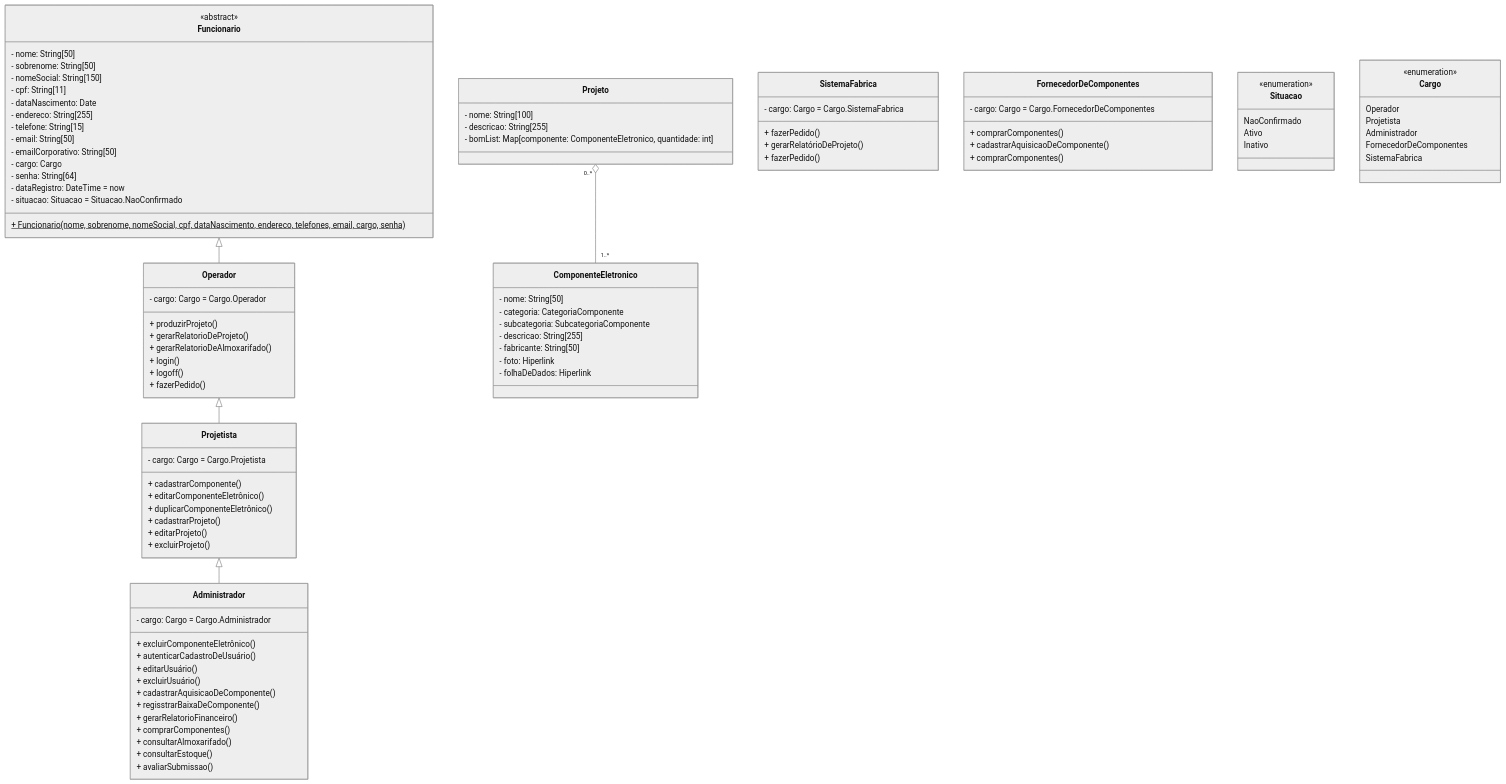
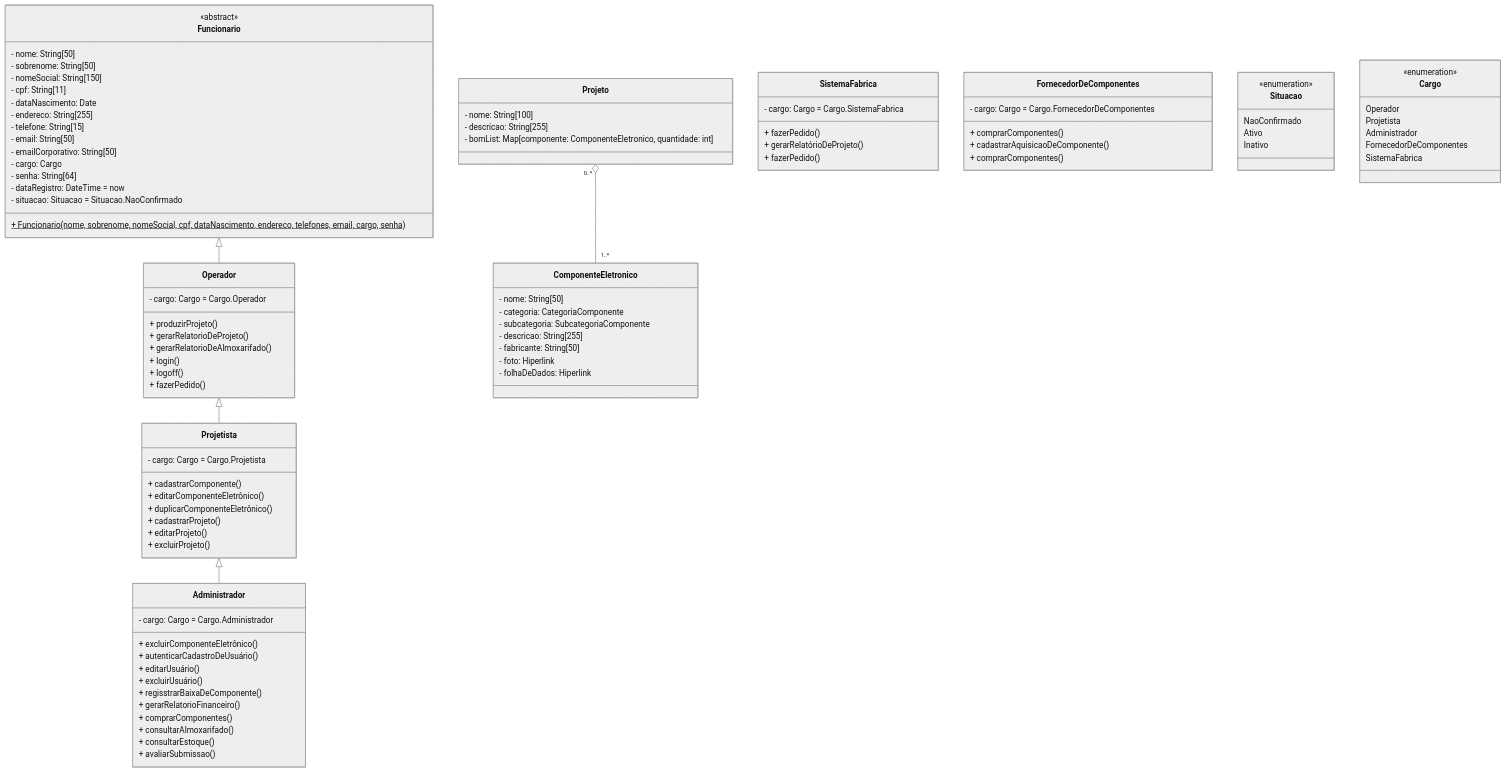
The diagram in diagrama-de-classes/README.md (PabloBF/minha-fabrica), drawn with Mermaid (neutral theme) before and after one commit.

Commit message:
Update README.md
"cadastrarAquisicaoDeComponente()" excluído, atendido por "comprarComponente()"

```diff
--- a/diagrama-de-classes/README.md
+++ b/diagrama-de-classes/README.md
@@ -63,7 +63,6 @@
     + autenticarCadastroDeUsuário()
     + editarUsuário()
     + excluirUsuário()
-    + cadastrarAquisicaoDeComponente()
     + regisstrarBaixaDeComponente()
     + gerarRelatorioFinanceiro()
     + comprarComponentes()
```
